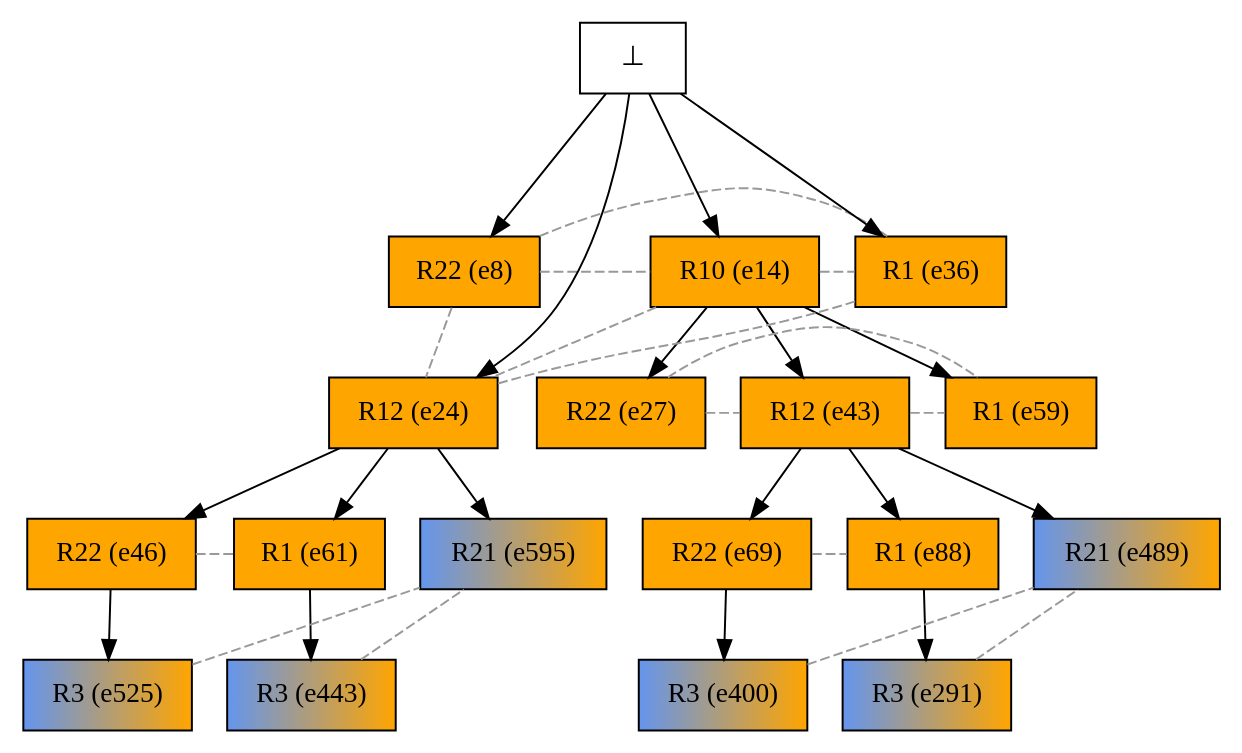
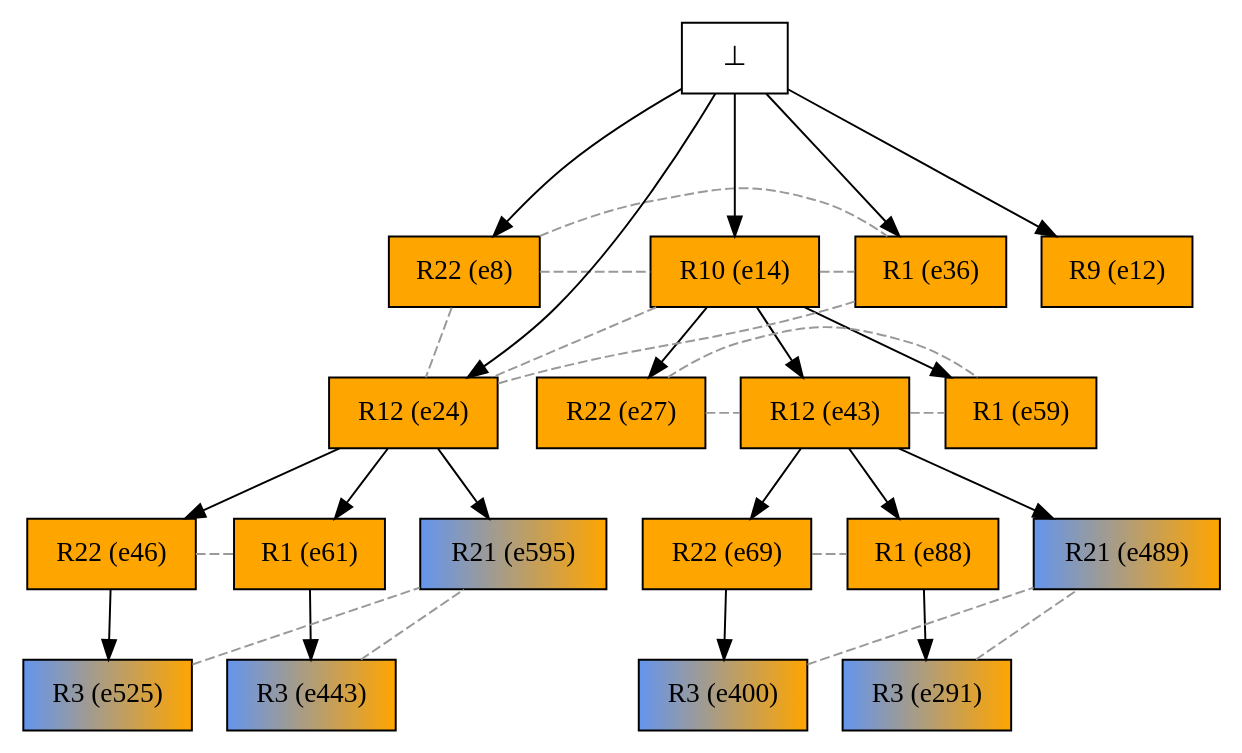
Before and after one commit to giannkas/ecofolder: the diagram in examples/oursin_tasmanie/mrk_instances/urc2alg+/sorted/tasmanie_urc2alg_19-30confs/tasmanie_urc2alg_19-30confs_pathway.dot, drawn with Graphviz. The commit also changed 36 other files, not shown here.

```diff
--- a/examples/oursin_tasmanie/mrk_instances/urc2alg+/sorted/tasmanie_urc2alg_19-30confs/tasmanie_urc2alg_19-30confs_pathway.dot
+++ b/examples/oursin_tasmanie/mrk_instances/urc2alg+/sorted/tasmanie_urc2alg_19-30confs/tasmanie_urc2alg_19-30confs_pathway.dot
@@ -1,56 +1,58 @@
 digraph test {
 
 //conflicts
   e8 -> e14 [arrowhead=none color=gray60 style=dashed constraint=false];
   e8 -> e24 [arrowhead=none color=gray60 style=dashed constraint=false];
   e8 -> e36 [arrowhead=none color=gray60 style=dashed constraint=false];
   e14 -> e24 [arrowhead=none color=gray60 style=dashed constraint=false];
   e14 -> e36 [arrowhead=none color=gray60 style=dashed constraint=false];
   e24 -> e36 [arrowhead=none color=gray60 style=dashed constraint=false];
   e27 -> e43 [arrowhead=none color=gray60 style=dashed constraint=false];
   e27 -> e59 [arrowhead=none color=gray60 style=dashed constraint=false];
   e43 -> e59 [arrowhead=none color=gray60 style=dashed constraint=false];
   e46 -> e61 [arrowhead=none color=gray60 style=dashed constraint=false];
   e69 -> e88 [arrowhead=none color=gray60 style=dashed constraint=false];
   e291 -> e489 [arrowhead=none color=gray60 style=dashed constraint=false];
   e400 -> e489 [arrowhead=none color=gray60 style=dashed constraint=false];
   e443 -> e595 [arrowhead=none color=gray60 style=dashed constraint=false];
   e525 -> e595 [arrowhead=none color=gray60 style=dashed constraint=false];
 
   e14 -> e27 [minlen=1];
   e14 -> e59 [minlen=1];
   e88 -> e291 [minlen=1];
   e43 -> e88 [minlen=1];
   e14 -> e43 [minlen=1];
   e69 -> e400 [minlen=1];
   e43 -> e69 [minlen=1];
   e61 -> e443 [minlen=1];
   e24 -> e61 [minlen=1];
   e43 -> e489 [minlen=1];
   e46 -> e525 [minlen=1];
   e24 -> e46 [minlen=1];
   e24 -> e595 [minlen=1];
   e0 -> e8 [minlen=2];
+  e0 -> e12 [minlen=2];
   e0 -> e14 [minlen=2];
   e0 -> e24 [minlen=3];
   e0 -> e36 [minlen=2];
 
   e8 [color="black" fillcolor="orange:orange" label="R22 (e8)" shape=box style=filled];
+  e12 [color="black" fillcolor="orange:orange" label="R9 (e12)" shape=box style=filled];
   e14 [color="black" fillcolor="orange:orange" label="R10 (e14)" shape=box style=filled];
   e24 [color="black" fillcolor="orange:orange" label="R12 (e24)" shape=box style=filled];
   e27 [color="black" fillcolor="orange:orange" label="R22 (e27)" shape=box style=filled];
   e36 [color="black" fillcolor="orange:orange" label="R1 (e36)" shape=box style=filled];
   e43 [color="black" fillcolor="orange:orange" label="R12 (e43)" shape=box style=filled];
   e46 [color="black" fillcolor="orange:orange" label="R22 (e46)" shape=box style=filled];
   e59 [color="black" fillcolor="orange:orange" label="R1 (e59)" shape=box style=filled];
   e61 [color="black" fillcolor="orange:orange" label="R1 (e61)" shape=box style=filled];
   e69 [color="black" fillcolor="orange:orange" label="R22 (e69)" shape=box style=filled];
   e88 [color="black" fillcolor="orange:orange" label="R1 (e88)" shape=box style=filled];
   e291 [color="black" fillcolor="cornflowerblue:orange" label="R3 (e291)" shape=box style=filled];
   e400 [color="black" fillcolor="cornflowerblue:orange" label="R3 (e400)" shape=box style=filled];
   e443 [color="black" fillcolor="cornflowerblue:orange" label="R3 (e443)" shape=box style=filled];
   e489 [color="black" fillcolor="cornflowerblue:orange" label="R21 (e489)" shape=box style=filled];
   e525 [color="black" fillcolor="cornflowerblue:orange" label="R3 (e525)" shape=box style=filled];
   e595 [color="black" fillcolor="cornflowerblue:orange" label="R21 (e595)" shape=box style=filled];
   e0 [fillcolor="white" label="⊥" shape=box style=filled];
 }
```
